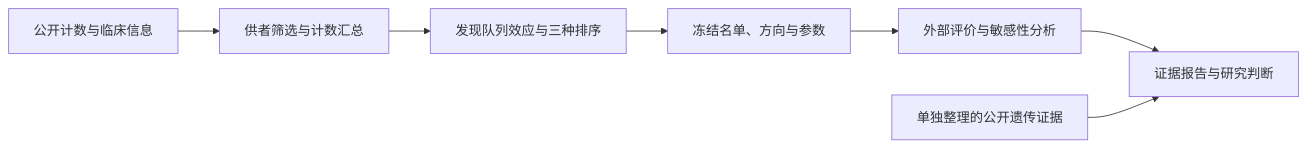
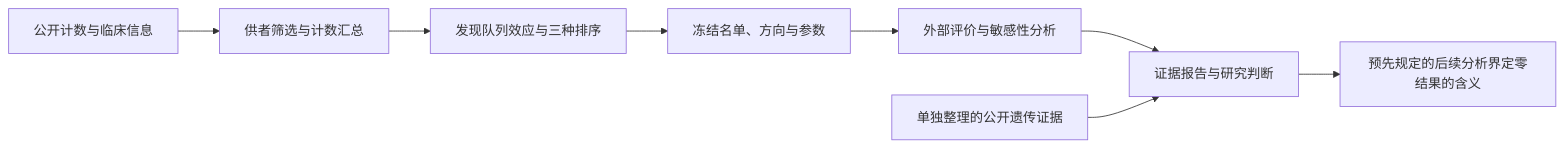
The diagram in README.zh-CN.md (NingyuSUN/endotarget-evidence), drawn with Mermaid before and after one commit. The commit also changed other lines of this file and 1 other file, not shown here.

````diff
--- a/README.zh-CN.md
+++ b/README.zh-CN.md
@@ -29,9 +30,10 @@
 ```mermaid
 flowchart LR
     A[公开计数与临床信息] --> B[供者筛选与计数汇总]
     B --> C[发现队列效应与三种排序]
     C --> D[冻结名单、方向与参数]
     D --> E[外部评价与敏感性分析]
     E --> F[证据报告与研究判断]
     G[单独整理的公开遗传证据] --> F
+    F --> H[预先规定的后续分析界定零结果的含义]
 ```
````
